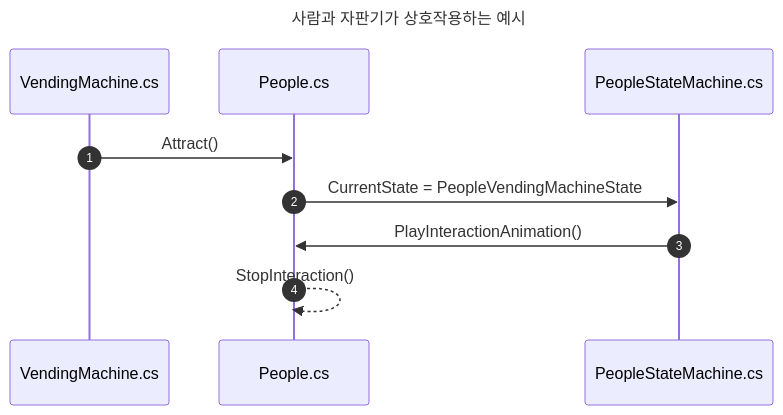
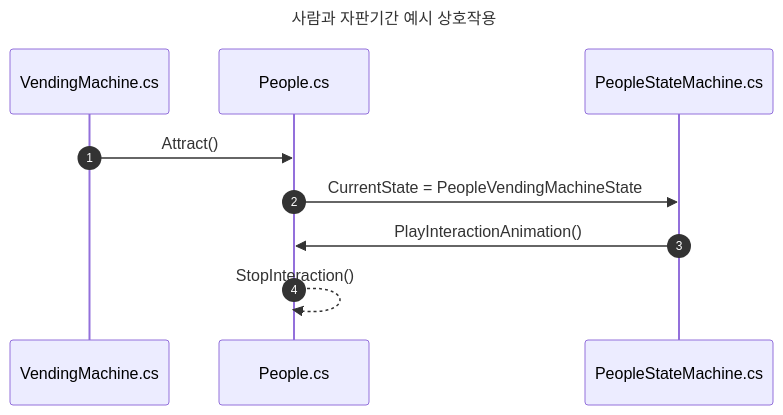
The fourth of 5 diagrams in _posts/프로그래밍/마일스톤/2024-04-11-armonia-developing.md (hyngng/hynrng.github.io), drawn with Mermaid before and after one commit. The commit also changed other lines of this file and 15 other files, not shown here.

````diff
--- a/_posts/프로그래밍/마일스톤/2024-04-11-armonia-developing.md
+++ b/_posts/프로그래밍/마일스톤/2024-04-11-armonia-developing.md
@@ -179,11 +192,11 @@
 ```mermaid
 ---
-title: 사람과 자판기가 상호작용하는 예시
+title: 사람과 자판기간 예시 상호작용
 ---
 sequenceDiagram
     autonumber
     VendingMachine.cs ->> People.cs: Attract()
     People.cs ->> PeopleStateMachine.cs: CurrentState = PeopleVendingMachineState
     PeopleStateMachine.cs ->> People.cs: PlayInteractionAnimation()
     People.cs -->> People.cs: StopInteraction()
 ```
````
